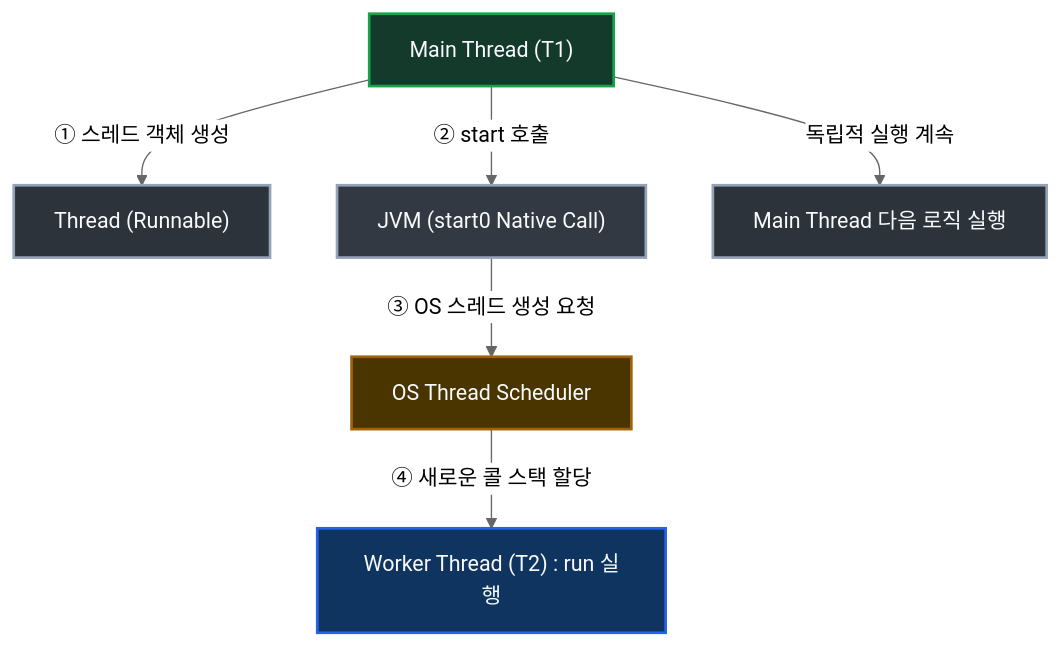
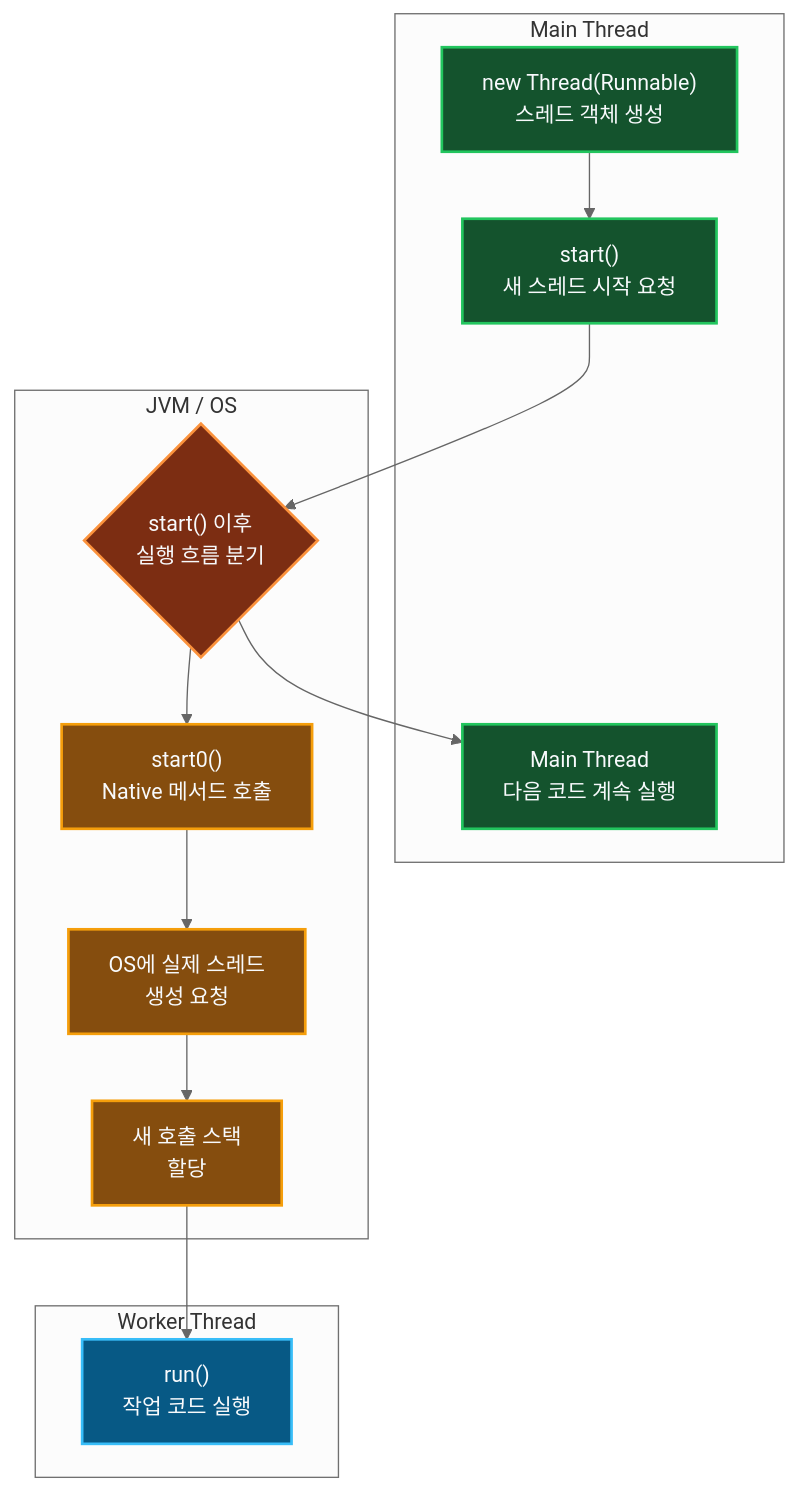
The diagram in _posts/java/12-멀티스레드_기본_이론/2026-03-05-스레드-생성-및-기초.md (Kang-Hyesung/kang-hyesung.github.io), drawn with Mermaid (neutral theme) before and after one commit. The commit also changed 2 other files, not shown here.

Commit message:
docs: improve thread mermaid diagrams

````diff
--- a/_posts/java/12-멀티스레드_기본_이론/2026-03-05-스레드-생성-및-기초.md
+++ b/_posts/java/12-멀티스레드_기본_이론/2026-03-05-스레드-생성-및-기초.md
@@ -19,16 +19,38 @@
 ```mermaid
-graph TD
-    A["Main Thread (T1)"] -->|① 스레드 객체 생성| B["Thread (Runnable)"]
-    A -->|② start 호출| C["JVM (start0 Native Call)"]
-    C -->|③ OS 스레드 생성 요청| D["OS Thread Scheduler"]
-    D -->|④ 새로운 콜 스택 할당| E["Worker Thread (T2) : run 실행"]
-    A -->|독립적 실행 계속| F["Main Thread 다음 로직 실행"]
+flowchart TD
+    subgraph Main["Main Thread"]
+        A["new Thread(Runnable)<br/>스레드 객체 생성"]
+        B["start()<br/>새 스레드 시작 요청"]
+        G["Main Thread<br/>다음 코드 계속 실행"]
+        A --> B
+    end
 
-    %% 다크모드 대응 스타일 (마크다운 파서 충돌 요인 완전 제거)
-    style A fill:#143a2b,stroke:#16a34a,stroke-width:2px,color:#f8fafc
-    style B fill:#2d333b,stroke:#94a3b8,stroke-width:2px,color:#f8fafc
-    style C fill:#323942,stroke:#94a3b8,stroke-width:2px,color:#f8fafc
-    style D fill:#4a3500,stroke:#a16207,stroke-width:2px,color:#f8fafc
-    style E fill:#103460,stroke:#2563eb,stroke-width:2px,color:#f8fafc
-    style F fill:#2d333b,stroke:#94a3b8,stroke-width:2px,color:#f8fafc
+    subgraph Runtime["JVM / OS"]
+        C0{"start() 이후<br/>실행 흐름 분기"}
+        C["start0()<br/>Native 메서드 호출"]
+        D["OS에 실제 스레드<br/>생성 요청"]
+        E["새 호출 스택<br/>할당"]
+        C0 --> C
+        C --> D
+        D --> E
+    end
+
+    subgraph Worker["Worker Thread"]
+        F["run()<br/>작업 코드 실행"]
+    end
+
+    B --> C0
+    C0 --> G
+    E --> F
+
+    classDef main fill:#14532d,stroke:#22c55e,stroke-width:2px,color:#f8fafc
+    classDef runtime fill:#854d0e,stroke:#f59e0b,stroke-width:2px,color:#f8fafc
+    classDef branch fill:#7c2d12,stroke:#fb923c,stroke-width:2px,color:#f8fafc
+    classDef worker fill:#075985,stroke:#38bdf8,stroke-width:2px,color:#f8fafc
+    classDef neutral fill:#374151,stroke:#94a3b8,stroke-width:2px,color:#f8fafc
+
+    class A,B,G main
+    class C,D,E runtime
+    class C0 branch
+    class F worker
 ```
````
